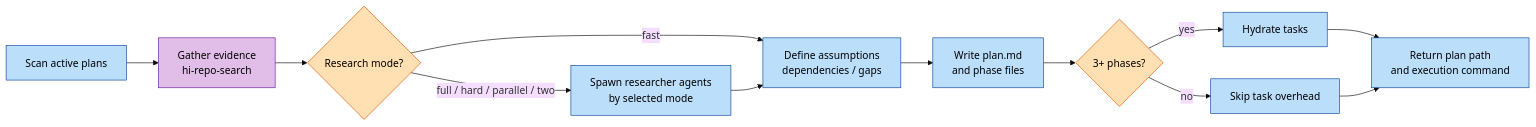
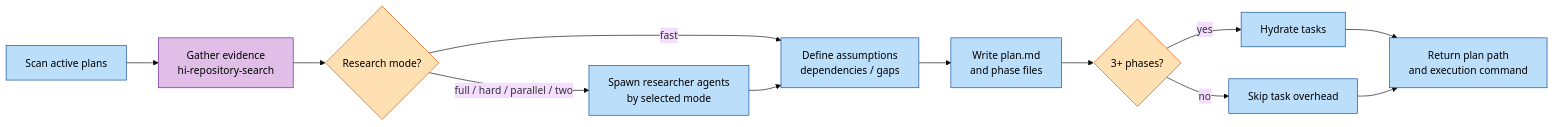
One commit to baka3k/dev-kit changed the fourth of 5 diagrams in README.md. Above: the diagram before and after it, drawn with Mermaid (base theme). The commit also changed other lines of this file and 27 other files, not shown here.

First line of the commit message:
Add internal explorer and task management documentation; introduce hi-craft and hi-repository-search skills

````diff
--- a/README.md
+++ b/README.md
@@ -408,23 +408,23 @@
 ```mermaid
 graph LR
-    A["Scan active plans"] --> B["Gather evidence<br/>hi-repo-search"]
+    A["Scan active plans"] --> B["Gather evidence<br/>hi-repository-search"]
     B --> R{"Research mode?"}
     R -->|fast| C["Define assumptions<br/>dependencies / gaps"]
     R -->|full / hard / parallel / two| S["Spawn researcher agents<br/>by selected mode"]
     S --> C
     C --> D["Write plan.md<br/>and phase files"]
     D --> E{"3+ phases?"}
     E -->|yes| F["Hydrate tasks"]
     E -->|no| G["Skip task overhead"]
     F --> H["Return plan path<br/>and execution command"]
     G --> H
 
     classDef step fill:#bbdefb,stroke:#0d47a1,color:#000
     classDef evidence fill:#e1bee7,stroke:#6a1b9a,color:#000
     classDef delegated fill:#bbdefb,stroke:#0d47a1,color:#000
     classDef gate fill:#ffe0b2,stroke:#e65100,color:#000
     class A,C,D,F,G,H step
     class B evidence
     class S delegated
     class R,E gate
 ```
````
